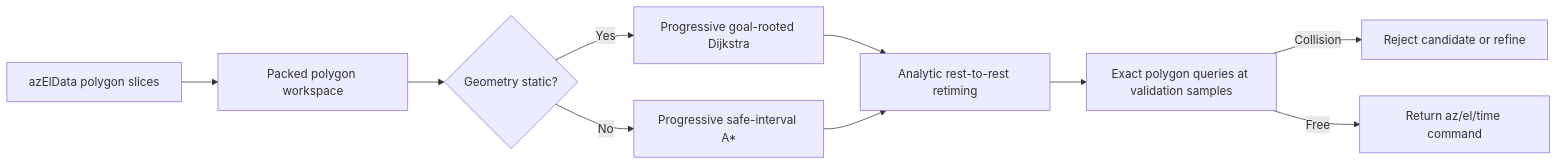
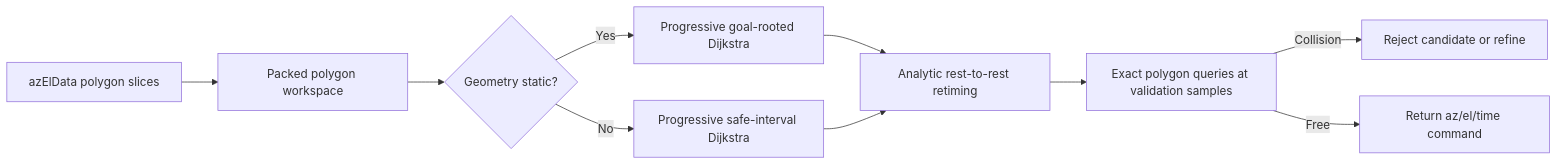
Before and after one commit to kevvtrinh/orekitWithMatlab: the diagram in standalone/azElAvoidance/docs/ADAPTIVE_ASTAR_PLANNER.md, drawn with Mermaid. The commit also changed other lines of this file and 20 other files, not shown here.

````diff
--- a/standalone/azElAvoidance/docs/ADAPTIVE_ASTAR_PLANNER.md
+++ b/standalone/azElAvoidance/docs/ADAPTIVE_ASTAR_PLANNER.md
@@ -38,12 +38,12 @@
 ```mermaid
 flowchart LR
     A["azElData polygon slices"] --> B["Packed polygon workspace"]
     B --> C{"Geometry static?"}
     C -->|Yes| D["Progressive goal-rooted Dijkstra"]
-    C -->|No| E["Progressive safe-interval A*"]
+    C -->|No| E["Progressive safe-interval Dijkstra"]
     D --> F["Analytic rest-to-rest retiming"]
     E --> F
     F --> G["Exact polygon queries at validation samples"]
     G -->|Collision| H["Reject candidate or refine"]
     G -->|Free| I["Return az/el/time command"]
 ```
````
